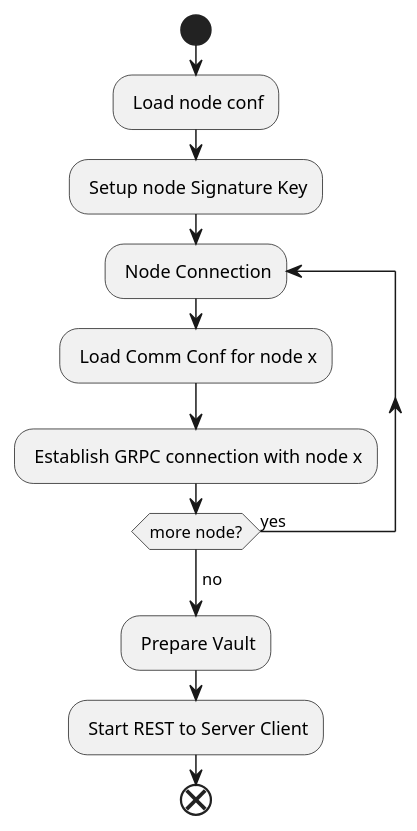
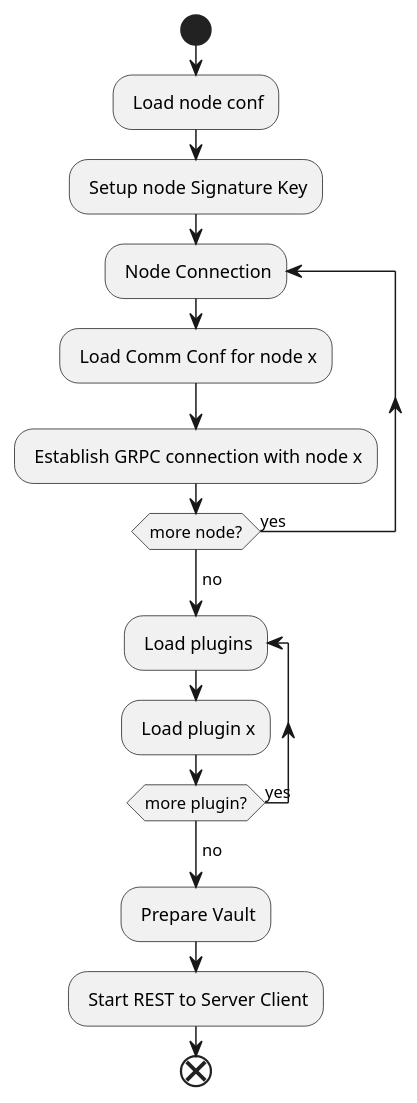
The diagram in rfc/node-start.puml (bytehubplus/RFC), drawn with PlantUML before and after one commit. The commit also changed 2 other files, not shown here.

```diff
--- a/rfc/node-start.puml
+++ b/rfc/node-start.puml
@@ -1,13 +1,17 @@
 @startuml
 start 
 : Load node conf;
 : Setup node Signature Key;
 repeat: Node Connection 
 : Load Comm Conf for node x;
 : Establish GRPC connection with node x;
 repeat while (more node?) is (yes)
 ->no;
+repeat: Load plugins 
+: Load plugin x;
+repeat while (more plugin?) is (yes)
+->no;
 : Prepare Vault;
 : Start REST to Server Client;
 end
 @enduml
```
